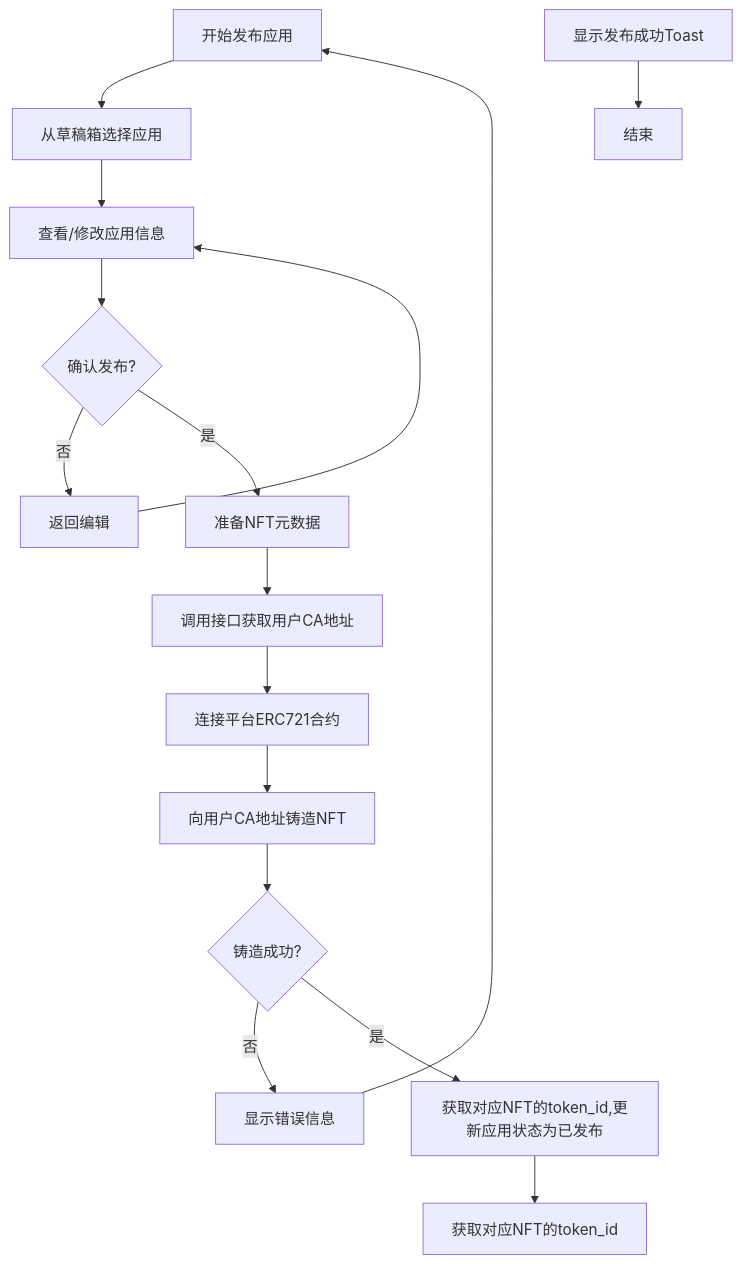
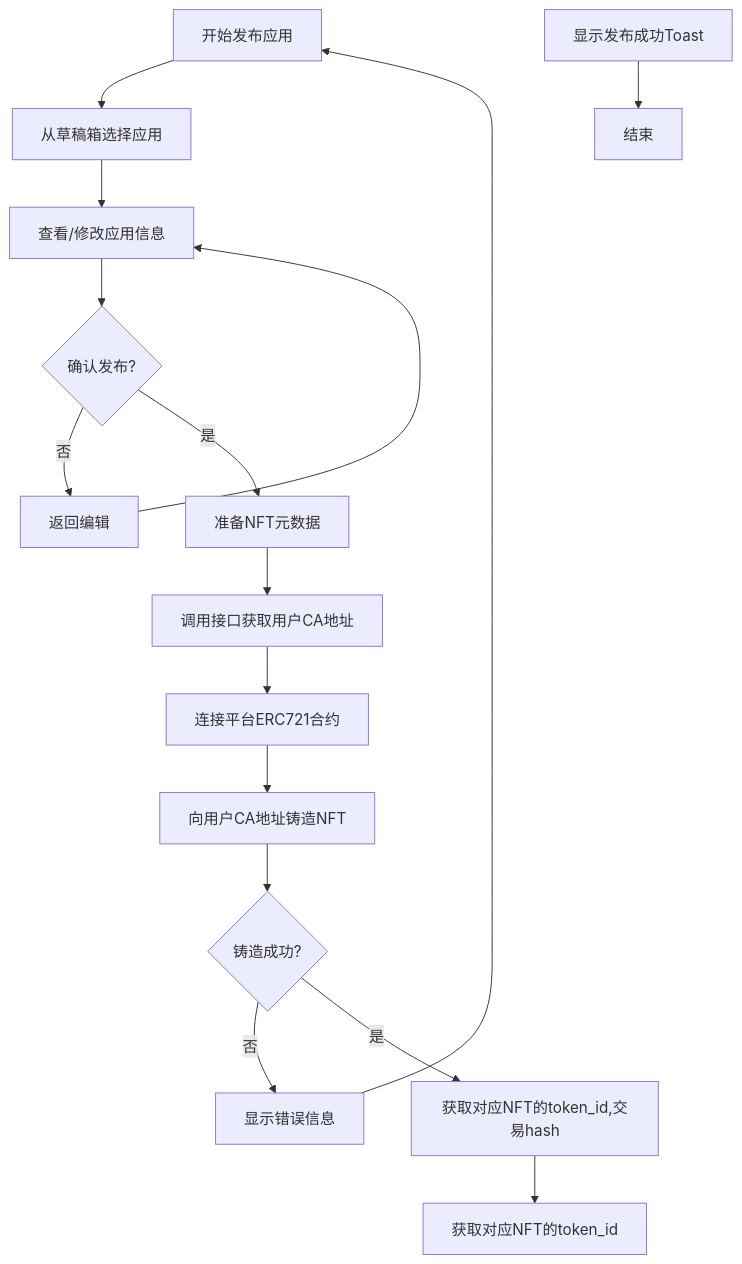
One commit to yingjianzh/iodraw-files changed the diagram in all/未命名-66.md. Above: the diagram before and after it, drawn with Mermaid.

Commit message:
2025-05-27 11:25:43 update

````diff
--- a/all/未命名-66.md
+++ b/all/未命名-66.md
@@ -1,21 +1,21 @@
 ```mermaid
 
 flowchart TD
     A[开始发布应用] --> B[从草稿箱选择应用]
     B --> C[查看/修改应用信息]
     C --> D{确认发布?}
     D -->|否| E[返回编辑]
     E --> C
     D -->|是| F[准备NFT元数据]
     F --> G[调用接口获取用户CA地址]
     G --> H[连接平台ERC721合约]
     H --> I[向用户CA地址铸造NFT]
     I --> J{铸造成功?}
     J -->|否| K[显示错误信息]
     K --> A
-    J -->|是| L[获取对应NFT的token_id,更新应用状态为已发布]
+    J -->|是| L[获取对应NFT的token_id,交易hash]
     L --> M[获取对应NFT的token_id]
     O[显示发布成功Toast]
     O --> P[结束]
 
 ```
````
